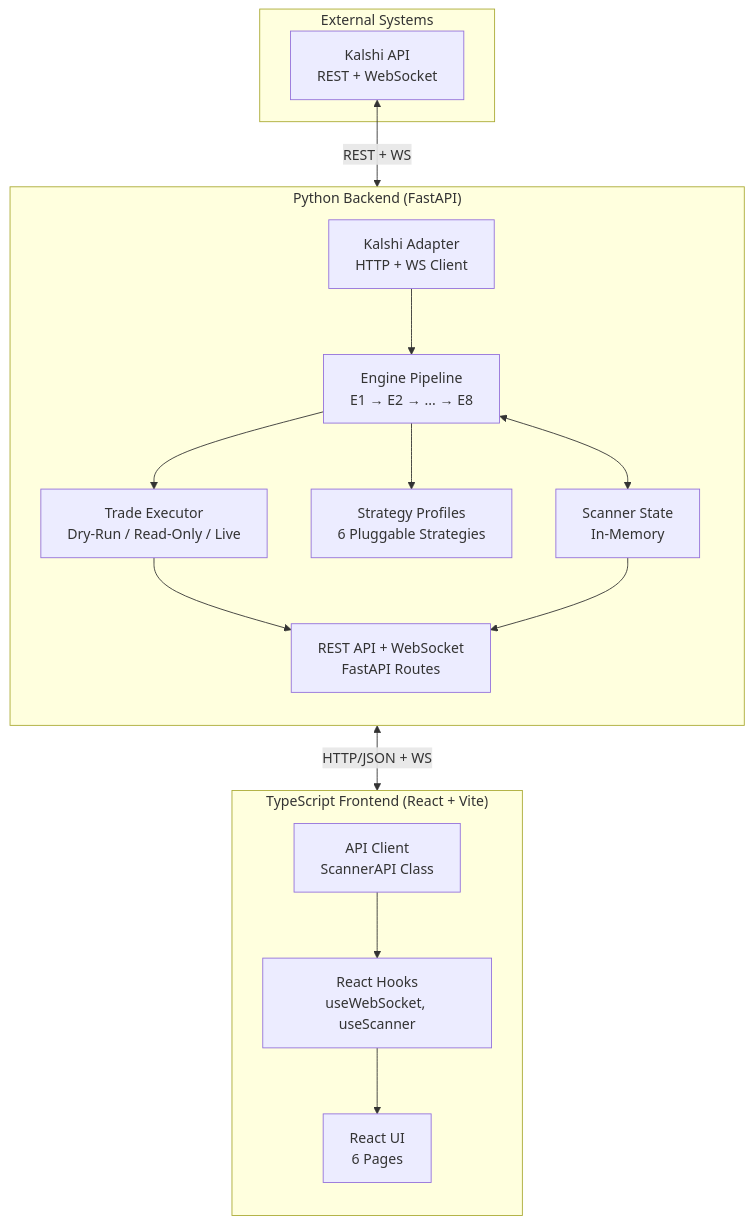
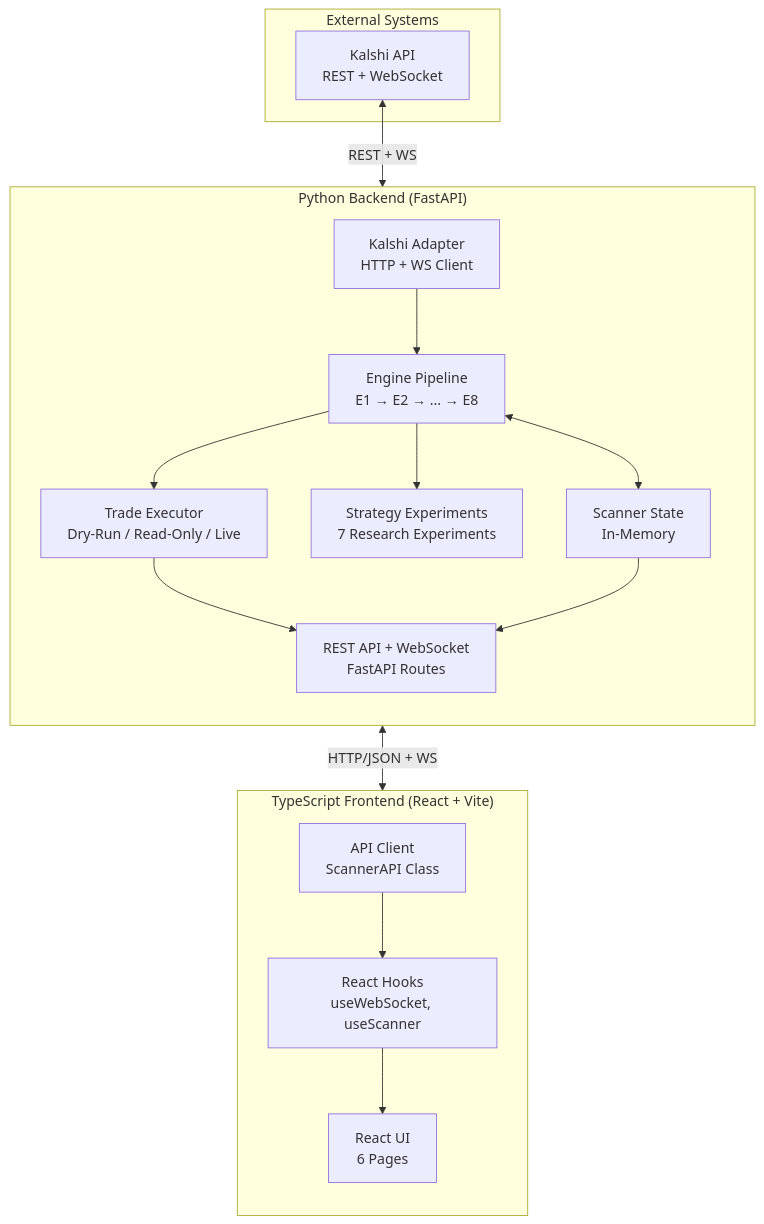
Before and after one commit to Danish11512/nunu: the first of 18 diagrams in docs/architecture.md, drawn with Mermaid. The commit also changed other lines of this file and 4 other files, not shown here.

````diff
--- a/docs/architecture.md
+++ b/docs/architecture.md
@@ -9,34 +9,34 @@
 ```mermaid
 graph TB
     subgraph External["External Systems"]
         KAL["Kalshi API<br/>REST + WebSocket"]
     end
 
     subgraph Backend["Python Backend (FastAPI)"]
         direction TB
         ADAPTER["Kalshi Adapter<br/>HTTP + WS Client"]
         ENGINES["Engine Pipeline<br/>E1 → E2 → ... → E8"]
         STATE["Scanner State<br/>In-Memory"]
-        STRATEGIES["Strategy Profiles<br/>6 Pluggable Strategies"]
+        STRATEGIES["Strategy Experiments<br/>7 Research Experiments"]
         TRADING["Trade Executor<br/>Dry-Run / Read-Only / Live"]
         API["REST API + WebSocket<br/>FastAPI Routes"]
     end
 
     subgraph Frontend["TypeScript Frontend (React + Vite)"]
         direction TB
         UI["React UI<br/>6 Pages"]
         HOOKS["React Hooks<br/>useWebSocket, useScanner"]
         CLIENT["API Client<br/>ScannerAPI Class"]
     end
 
     KAL <-->|"REST + WS"| ADAPTER
     ADAPTER --> ENGINES
     ENGINES <--> STATE
     ENGINES --> STRATEGIES
     ENGINES --> TRADING
     TRADING --> API
     STATE --> API
     API <-->|"HTTP/JSON + WS"| CLIENT
     CLIENT --> HOOKS
     HOOKS --> UI
 ```
````
